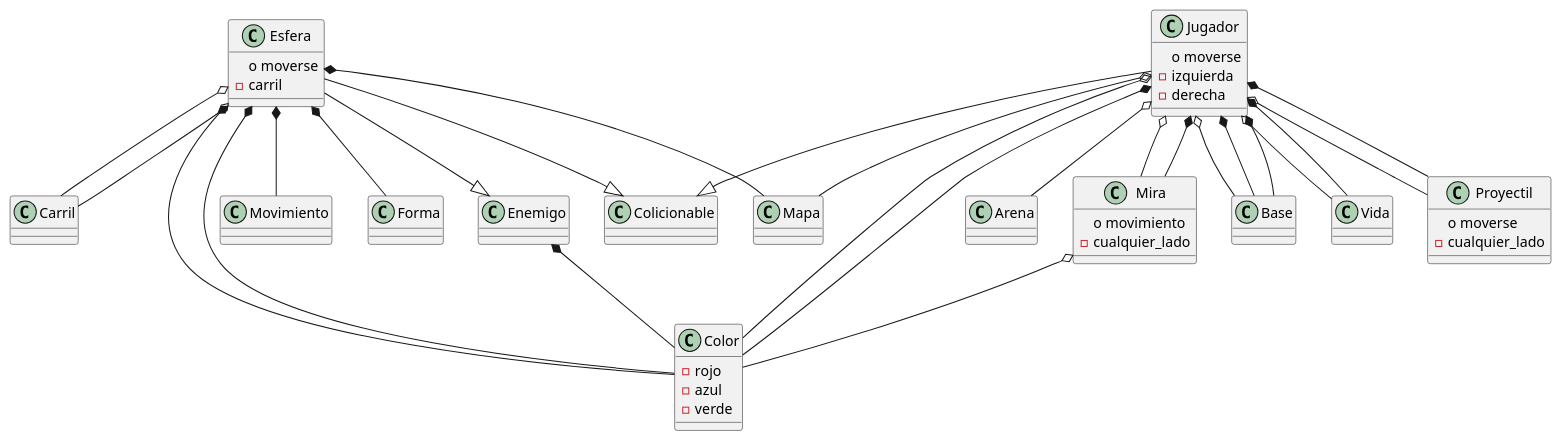
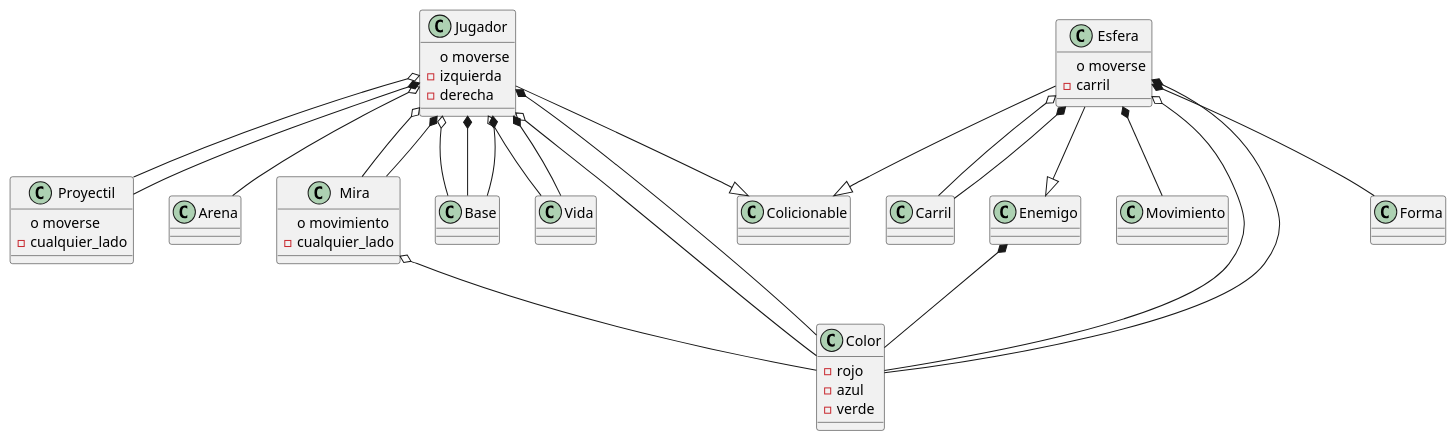
The diagram in docs/zuma.puml (DiegoPatricioQuirarteRamos/Zuma), drawn with PlantUML before and after one commit. The commit also changed 1 other file, not shown here.

```diff
--- a/docs/zuma.puml
+++ b/docs/zuma.puml
@@ -1,71 +1,68 @@
 @startuml zuma
 
 class Jugador{
     o moverse
     -izquierda
     -derecha
 }
 class Proyectil{
     o moverse
     - cualquier_lado
 
 }
 class Esfera{
     o moverse
     -carril
 }
 class Arena
-class Mapa
 class Carril
 class Mira{
     o movimiento
     -cualquier_lado 
 }
 class Base
 class Vida
 class Enemigo
 class Movimiento
 class Color{
     - rojo
     - azul
     -verde
 }
 class Forma
 class Colicionable
 
 Jugador o-- Proyectil
 Jugador o-- Color
 Esfera o-- Color
-Jugador o-- Mapa
 Jugador o-- Base
 Jugador o-- Vida
 Jugador o-- Arena
 Esfera o-- Carril
 Jugador o-- Mira
 Mira o-- Color
 
 
 
 Jugador *-- Proyectil
 Esfera *-- Forma
 Esfera *-- Color
 Enemigo *-- Color
 Jugador *-- Color
 Jugador *-- Mira
 Jugador *-- Vida
 Esfera *-- Movimiento
 Jugador *-- Base
 Esfera *-- Carril
-Esfera *-- Mapa
 Jugador *-- Base
 
 
 Esfera --|> Enemigo
 Jugador --|> Colicionable
 Esfera --|> Colicionable
 
 
 
 
 
 @enduml
```
